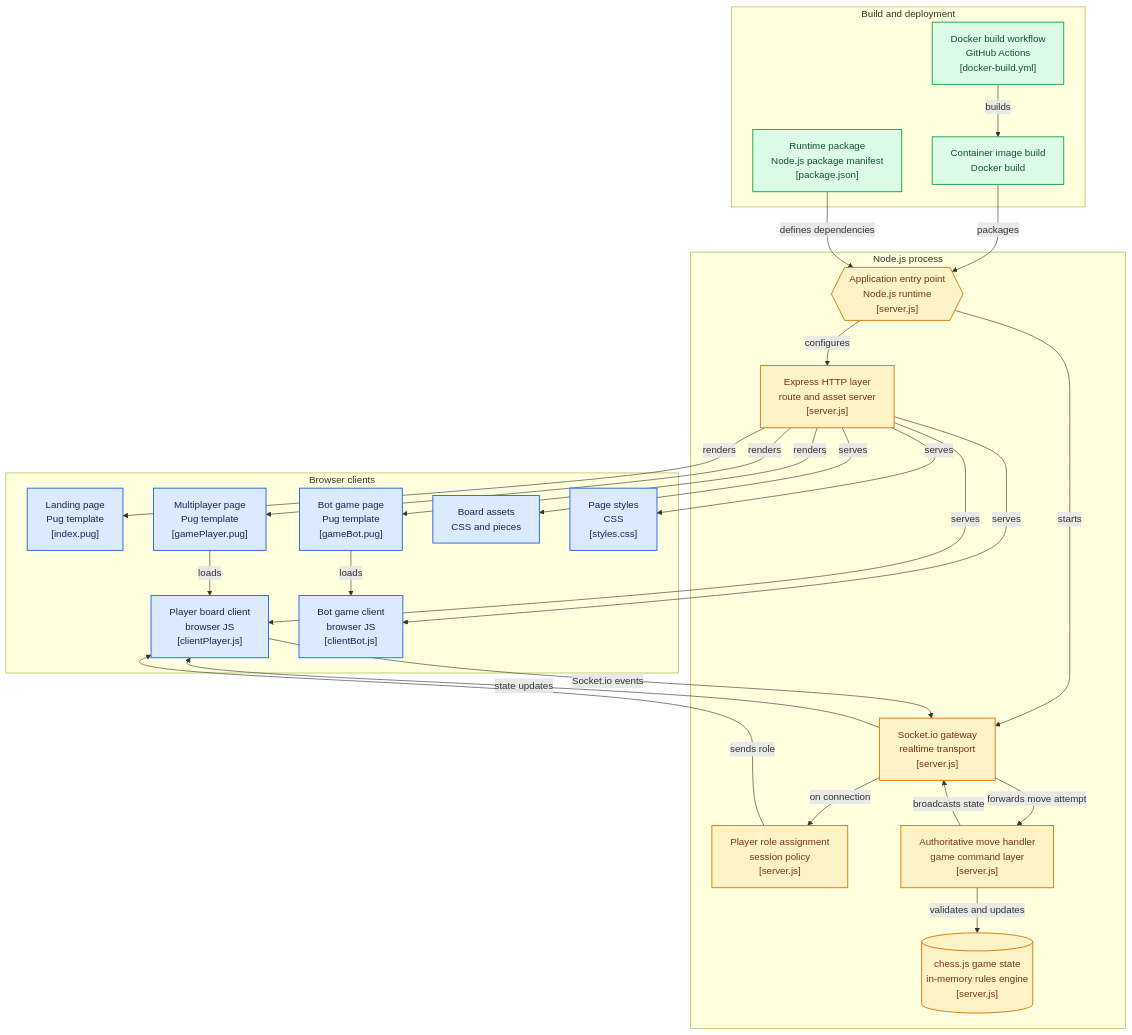
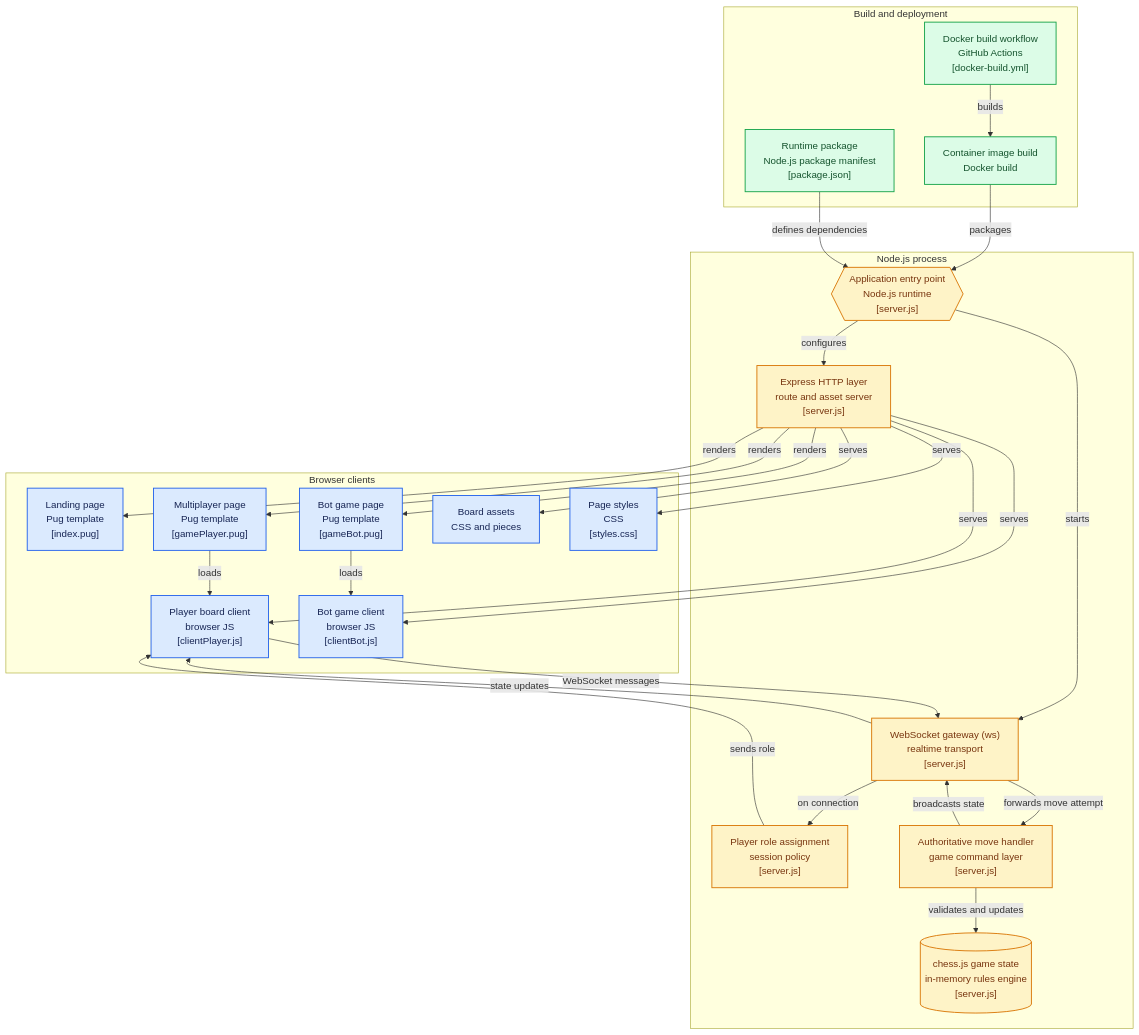
The diagram in README.md (Beltag-Paula/Chess-0.0), drawn with Mermaid before and after one commit. The commit also changed other lines of this file and 21 other files, not shown here.

````diff
--- a/README.md
+++ b/README.md
@@ -86,69 +159,69 @@
 ```mermaid
 flowchart TD
 
 subgraph group_browser["Browser clients"]
   node_landing["Landing page<br/>Pug template<br/>[index.pug]"]
   node_player_page["Multiplayer page<br/>Pug template<br/>[gamePlayer.pug]"]
   node_bot_page["Bot game page<br/>Pug template<br/>[gameBot.pug]"]
   node_player_client["Player board client<br/>browser JS<br/>[clientPlayer.js]"]
   node_bot_client["Bot game client<br/>browser JS<br/>[clientBot.js]"]
   node_board_assets["Board assets<br/>CSS and pieces"]
   node_styles["Page styles<br/>CSS<br/>[styles.css]"]
 end
 
 subgraph group_server["Node.js process"]
   node_express["Express HTTP layer<br/>route and asset server<br/>[server.js]"]
-  node_socket_gateway["Socket.io gateway<br/>realtime transport<br/>[server.js]"]
+  node_socket_gateway["WebSocket gateway (ws)<br/>realtime transport<br/>[server.js]"]
   node_role_assignment["Player role assignment<br/>session policy<br/>[server.js]"]
   node_move_handler["Authoritative move handler<br/>game command layer<br/>[server.js]"]
   node_chess_state[("chess.js game state<br/>in-memory rules engine<br/>[server.js]")]
   node_entrypoint{{"Application entry point<br/>Node.js runtime<br/>[server.js]"}}
 end
 
 subgraph group_delivery["Build and deployment"]
   node_dockerfile["Container image build<br/>Docker build"]
   node_ci_build["Docker build workflow<br/>GitHub Actions<br/>[docker-build.yml]"]
   node_package["Runtime package<br/>Node.js package manifest<br/>[package.json]"]
 end
 
 node_entrypoint -->|"configures"| node_express
 node_entrypoint -->|"starts"| node_socket_gateway
 
 node_express -->|"renders"| node_landing
 node_express -->|"renders"| node_player_page
 node_express -->|"renders"| node_bot_page
 
 node_express -->|"serves"| node_player_client
 node_express -->|"serves"| node_bot_client
 node_express -->|"serves"| node_styles
 node_express -->|"serves"| node_board_assets
 
 node_player_page -->|"loads"| node_player_client
 node_bot_page -->|"loads"| node_bot_client
 
-node_player_client -->|"Socket.io events"| node_socket_gateway
+node_player_client -->|"WebSocket messages"| node_socket_gateway
 
 node_socket_gateway -->|"on connection"| node_role_assignment
 node_role_assignment -->|"sends role"| node_player_client
 
 node_socket_gateway -->|"forwards move attempt"| node_move_handler
 node_move_handler -->|"validates and updates"| node_chess_state
 node_move_handler -->|"broadcasts state"| node_socket_gateway
 node_socket_gateway -->|"state updates"| node_player_client
 
 node_ci_build -->|"builds"| node_dockerfile
 node_dockerfile -->|"packages"| node_entrypoint
 node_package -->|"defines dependencies"| node_entrypoint
 
 classDef toneNeutral fill:#f8fafc,stroke:#334155,stroke-width:1.5px,color:#0f172a
 classDef toneBlue fill:#dbeafe,stroke:#2563eb,stroke-width:1.5px,color:#172554
 classDef toneAmber fill:#fef3c7,stroke:#d97706,stroke-width:1.5px,color:#78350f
 classDef toneMint fill:#dcfce7,stroke:#16a34a,stroke-width:1.5px,color:#14532d
 classDef toneRose fill:#ffe4e6,stroke:#e11d48,stroke-width:1.5px,color:#881337
 classDef toneIndigo fill:#e0e7ff,stroke:#4f46e5,stroke-width:1.5px,color:#312e81
 classDef toneTeal fill:#ccfbf1,stroke:#0f766e,stroke-width:1.5px,color:#134e4a
 
 class node_landing,node_player_page,node_bot_page,node_player_client,node_bot_client,node_board_assets,node_styles toneBlue
 class node_express,node_socket_gateway,node_role_assignment,node_move_handler,node_chess_state,node_entrypoint toneAmber
 class node_dockerfile,node_ci_build,node_package toneMint
 ```
````
